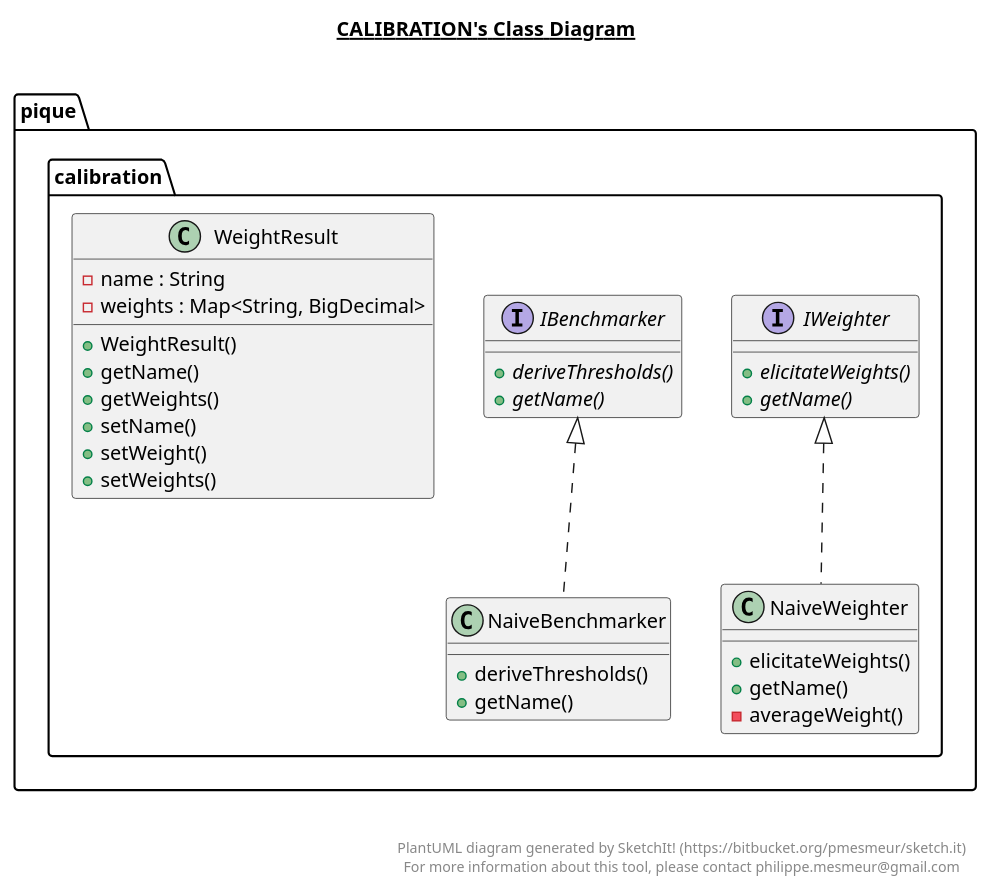
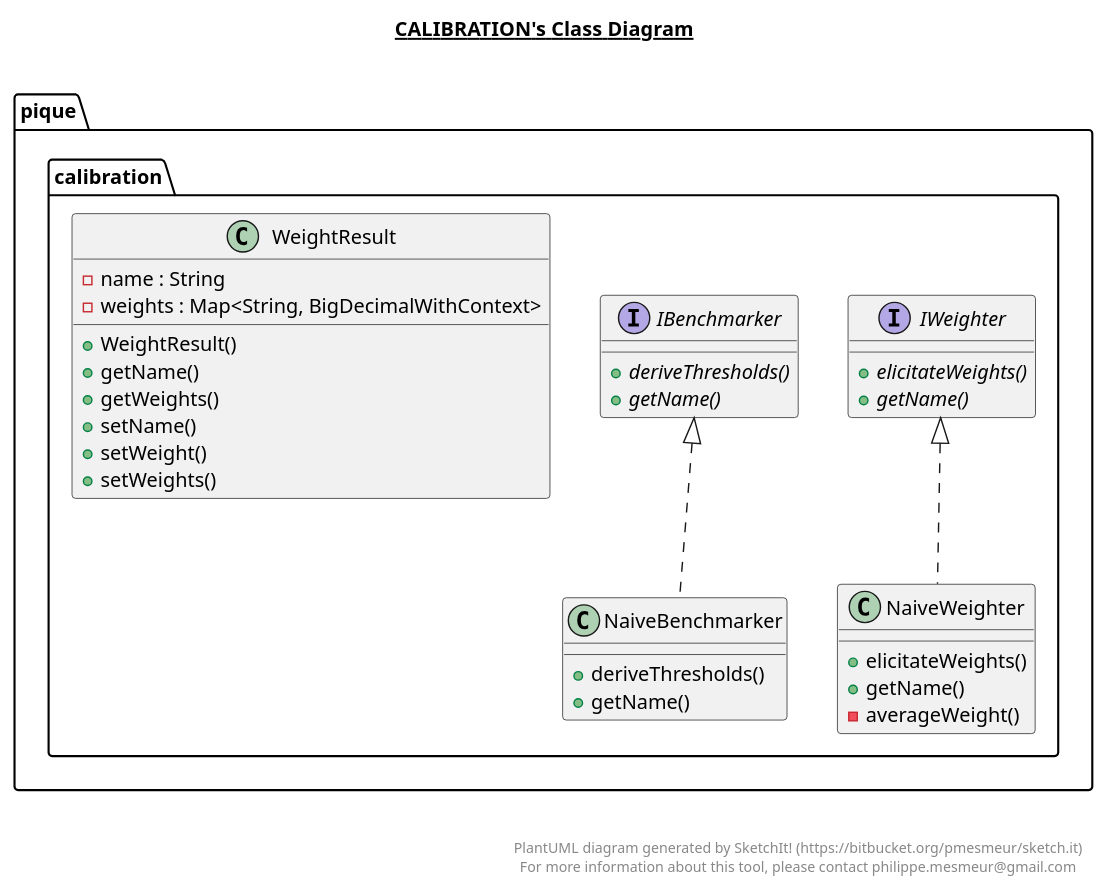
The diagram in src/main/java/pique/calibration/calibration.plantuml (MSUSEL/msusel-pique), drawn with PlantUML before and after one commit. The commit also changed 20 other files, not shown here.

Commit message:
Adding custom BigDecimal child that sets context, integrating that class into new BigDecimal calls

```diff
--- a/src/main/java/pique/calibration/calibration.plantuml
+++ b/src/main/java/pique/calibration/calibration.plantuml
@@ -1,63 +1,63 @@
 @startuml
 
 title __CALIBRATION's Class Diagram__\n
 
   namespace pique.calibration {
     interface pique.calibration.IBenchmarker {
         {abstract} + deriveThresholds()
         {abstract} + getName()
     }
   }
   
 
   namespace pique.calibration {
     interface pique.calibration.IWeighter {
         {abstract} + elicitateWeights()
         {abstract} + getName()
     }
   }
   
 
   namespace pique.calibration {
     class pique.calibration.NaiveBenchmarker {
         + deriveThresholds()
         + getName()
     }
   }
   
 
   namespace pique.calibration {
     class pique.calibration.NaiveWeighter {
         + elicitateWeights()
         + getName()
         - averageWeight()
     }
   }
   
 
   namespace pique.calibration {
     class pique.calibration.WeightResult {
         - name : String
-        - weights : Map<String, BigDecimal>
+        - weights : Map<String, BigDecimalWithContext>
         + WeightResult()
         + getName()
         + getWeights()
         + setName()
         + setWeight()
         + setWeights()
     }
   }
   
 
   pique.calibration.NaiveBenchmarker .up.|> pique.calibration.IBenchmarker
   pique.calibration.NaiveWeighter .up.|> pique.calibration.IWeighter
 
 
 right footer
 
 
 PlantUML diagram generated by SketchIt! (https://bitbucket.org/pmesmeur/sketch.it)
 For more information about this tool, please contact philippe.mesmeur@gmail.com
 endfooter
 
 @enduml
```
